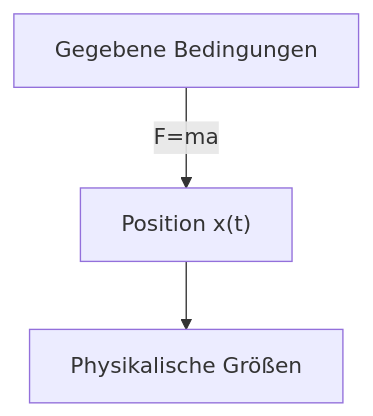
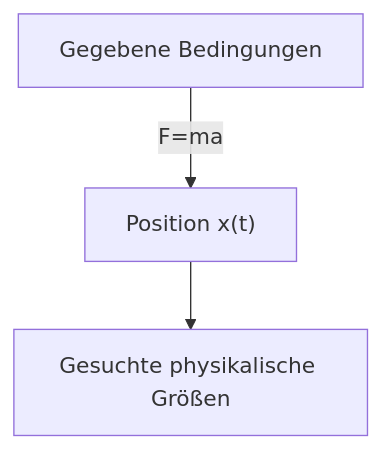
The first of 2 diagrams in _posts/de/2024-10-08-schrodinger-equation-and-the-wave-function.md (yunseo-kim/yunseo-kim.github.io), drawn with Mermaid before and after one commit. The commit also changed other lines of this file and 84 other files, not shown here.

````diff
--- a/_posts/de/2024-10-08-schrodinger-equation-and-the-wave-function.md
+++ b/_posts/de/2024-10-08-schrodinger-equation-and-the-wave-function.md
@@ -41,5 +35,5 @@
 ```mermaid
 flowchart TD
 	conditions["Gegebene Bedingungen"] -- F=ma --> x["Position x(t)"]
-	x --> quantities["Physikalische Größen"]
+	x --> quantities["Gesuchte physikalische Größen"]
 ```
````
